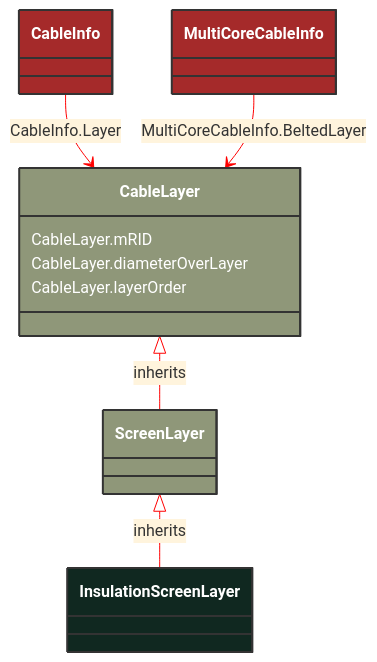
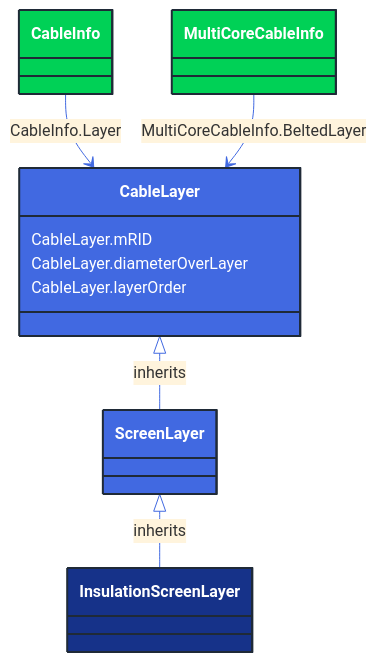
The diagram in docs/Models/Profiles/SubseaCableInfo/ConcreteClasses/InsulationScreenLayer.md (3lbits/NoCIMExtensions), drawn with Mermaid before and after one commit. The commit also changed 362 other files, not shown here.

First line of the commit message:
Update diagrams and styles for improved visual consistency

````diff
--- a/docs/Models/Profiles/SubseaCableInfo/ConcreteClasses/InsulationScreenLayer.md
+++ b/docs/Models/Profiles/SubseaCableInfo/ConcreteClasses/InsulationScreenLayer.md
@@ -8,33 +8,33 @@
 ```mermaid
-%%{init: {'theme':'base','themeVariables': {'lineColor': '#FF0000'}}}%%
+%%{init: {'theme':'base','themeVariables': {'lineColor': '#4169E1'}}}%%
 classDiagram
     class InsulationScreenLayer
     click InsulationScreenLayer href "/Models/Profiles/SubseaCableInfo/ConcreteClasses/InsulationScreenLayer/"
-    style InsulationScreenLayer fill:#102820,stroke:#333,stroke-width:2px,rx:10,ry:10,color:white
+    style InsulationScreenLayer fill:#163289,stroke:#1F2A37,stroke-width:2px,rx:10,ry:10,color:white
      
         ScreenLayer <|-- InsulationScreenLayer : inherits
             click ScreenLayer href "/Models/Profiles/SubseaCableInfo/ConcreteClasses/ScreenLayer/"
-            style ScreenLayer fill:#8F9779,stroke:#333,stroke-width:2px,rx:10,ry:10,color:white
+            style ScreenLayer fill:#4169E1,stroke:#1F2A37,stroke-width:2px,rx:10,ry:10,color:white
      
         CableLayer <|-- ScreenLayer : inherits
             click CableLayer href "/Models/Profiles/SubseaCableInfo/AbstractClasses/CableLayer/"
-            style CableLayer fill:#8F9779,stroke:#333,stroke-width:2px,rx:10,ry:10,color:white
+            style CableLayer fill:#4169E1,stroke:#1F2A37,stroke-width:2px,rx:10,ry:10,color:white
 
 
         CableInfo --> CableLayer : CableInfo.Layer
 
         CableInfo
             click CableInfo href "/Models/Profiles/SubseaCableInfo/ConcreteClasses/CableInfo/"
-            style CableInfo fill:#A52A2A,stroke:#333,stroke-width:2px,rx:10,ry:10,color:white
+            style CableInfo fill:#00D156,stroke:#1F2A37,stroke-width:2px,rx:10,ry:10,color:white
 
         MultiCoreCableInfo --> CableLayer : MultiCoreCableInfo.BeltedLayer
 
         MultiCoreCableInfo
             click MultiCoreCableInfo href "/Models/Profiles/SubseaCableInfo/ConcreteClasses/MultiCoreCableInfo/"
-            style MultiCoreCableInfo fill:#A52A2A,stroke:#333,stroke-width:2px,rx:10,ry:10,color:white
+            style MultiCoreCableInfo fill:#00D156,stroke:#1F2A37,stroke-width:2px,rx:10,ry:10,color:white
 
 
         CableLayer : CableLayer.mRID
         CableLayer : CableLayer.diameterOverLayer
         CableLayer : CableLayer.layerOrder
 ```
````
